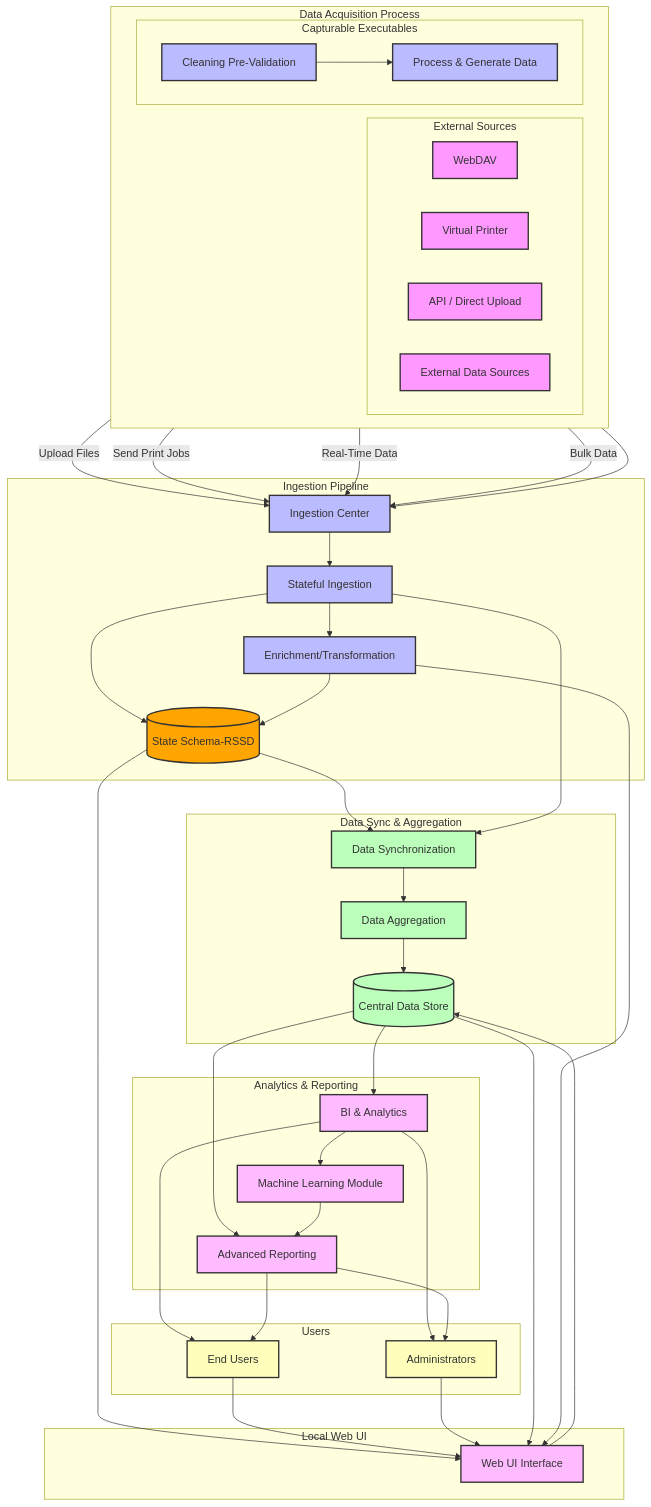
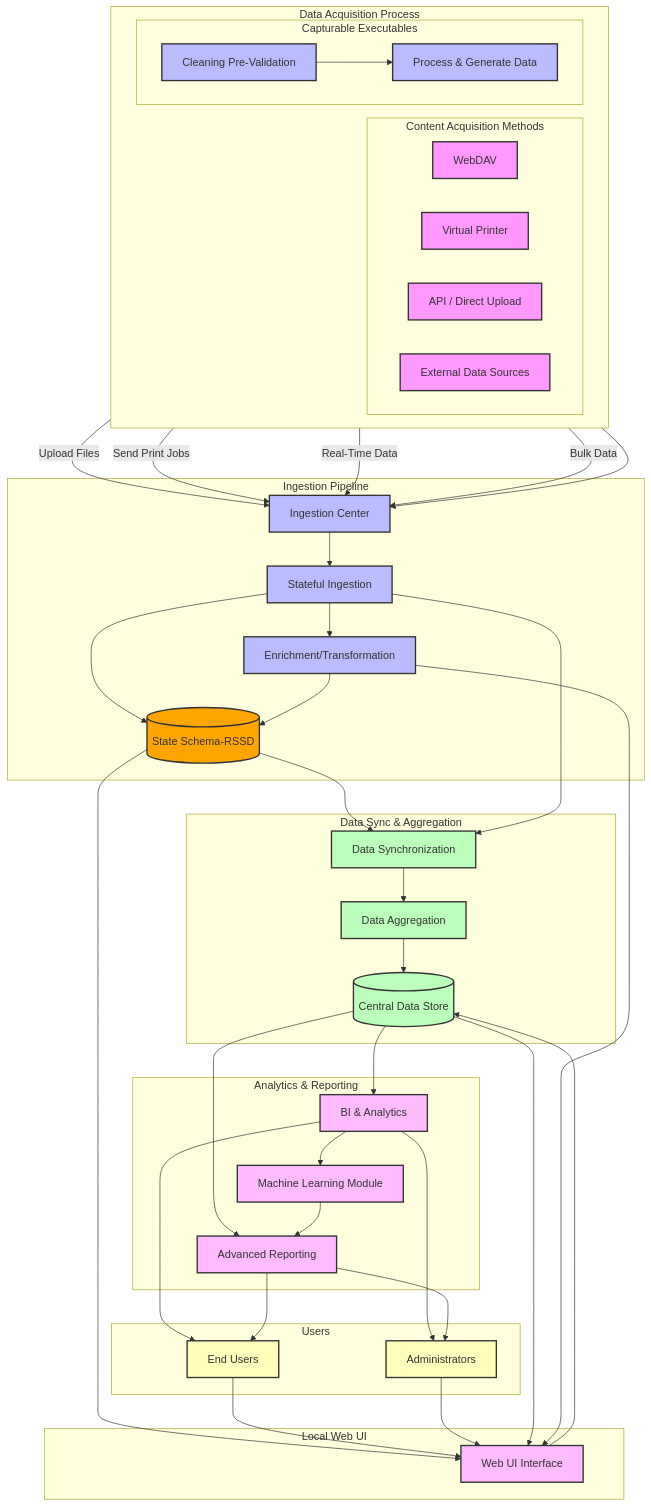
Before and after one commit to opsfolio/resource-surveillance-commons: the first of 2 diagrams in pattern/integration-engine/README.md, drawn with Mermaid. The commit also changed other lines of this file, not shown here.

Commit message:
docs: update README with additional content for RSIE

```diff
--- a/pattern/integration-engine/README.md
+++ b/pattern/integration-engine/README.md
@@ -361,8 +402,8 @@
     %% Data Acquisition Process
     subgraph Data Acquisition Process
         direction LR
-        %% External Sources
-        subgraph External Sources
+        %% Data Sources
+        subgraph Content Acquisition Methods
             WebDAV[WebDAV]
             VirtualPrinter[Virtual Printer]
             APIDirect[API / Direct Upload]
```
